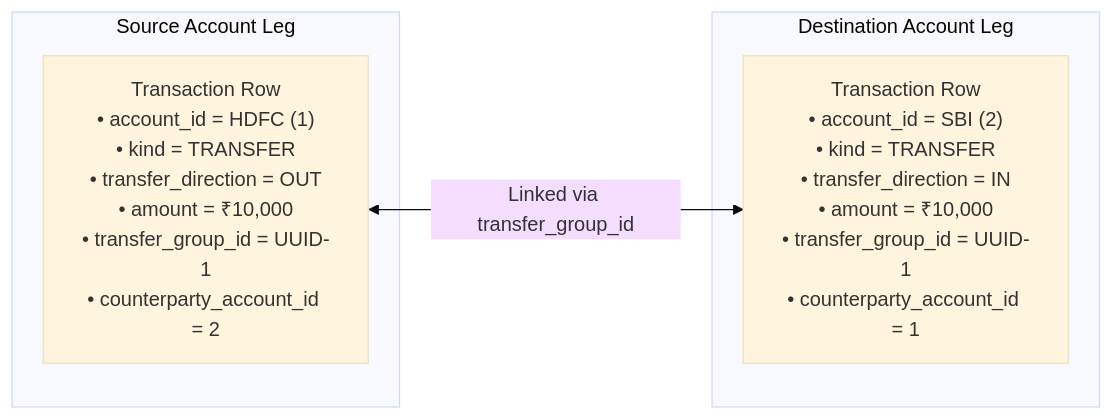
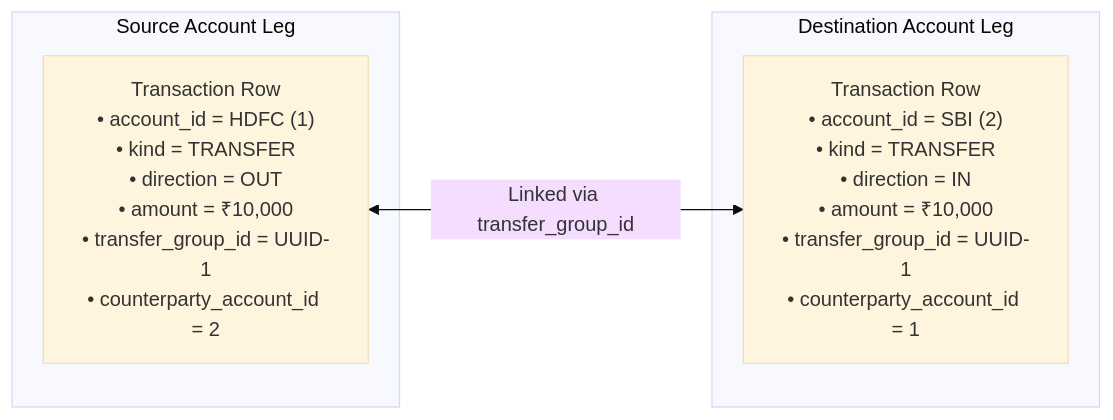
Before and after one commit to Ganesh1110/Tap_Ledger: the fourth of 7 diagrams in Flow.md, drawn with Mermaid (base theme). The commit also changed other lines of this file, not shown here.

````diff
--- a/Flow.md
+++ b/Flow.md
@@ -323,10 +352,10 @@
 ```mermaid
 flowchart LR
     subgraph OutLeg ["Source Account Leg"]
-        O_Tx["Transaction Row\n• account_id = HDFC (1)\n• kind = TRANSFER\n• transfer_direction = OUT\n• amount = ₹10,000\n• transfer_group_id = UUID-1\n• counterparty_account_id = 2"]
+        O_Tx["Transaction Row\n• account_id = HDFC (1)\n• kind = TRANSFER\n• direction = OUT\n• amount = ₹10,000\n• transfer_group_id = UUID-1\n• counterparty_account_id = 2"]
     end
     subgraph InLeg ["Destination Account Leg"]
-        I_Tx["Transaction Row\n• account_id = SBI (2)\n• kind = TRANSFER\n• transfer_direction = IN\n• amount = ₹10,000\n• transfer_group_id = UUID-1\n• counterparty_account_id = 1"]
+        I_Tx["Transaction Row\n• account_id = SBI (2)\n• kind = TRANSFER\n• direction = IN\n• amount = ₹10,000\n• transfer_group_id = UUID-1\n• counterparty_account_id = 1"]
     end
     O_Tx <-->|"Linked via transfer_group_id"| I_Tx
 ```
````
